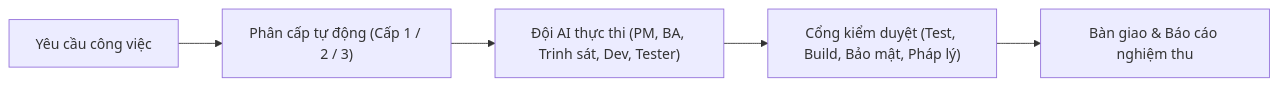
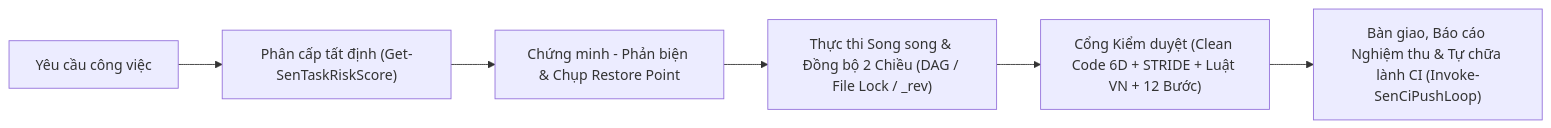
One commit to developerfs0110/Sen changed the diagram in README.md. Above: the diagram before and after it, drawn with Mermaid. The commit also changed other lines of this file and 22 other files, not shown here.

Commit message:
Hoàn tất kiểm chứng phản biện Red-Team 22/22, bộ tài liệu Showcase/Sinh viên IT, mô phỏng Output 2 giai đoạn và khóa đẳng cấu 5 tầng chống quên (Test-SenCapabilityParity)

````diff
--- a/README.md
+++ b/README.md
@@ -30,7 +30,8 @@
 ```mermaid
 flowchart LR
-    A["Yêu cầu công việc"] --> B["Phân cấp tự động (Cấp 1 / 2 / 3)"]
-    B --> C["Đội AI thực thi (PM, BA, Trinh sát, Dev, Tester)"]
-    C --> D["Cổng kiểm duyệt (Test, Build, Bảo mật, Pháp lý)"]
-    D --> E["Bàn giao & Báo cáo nghiệm thu"]
+    A["Yêu cầu công việc"] --> B["Phân cấp tất định (Get-SenTaskRiskScore)"]
+    B --> C["Chứng minh - Phản biện & Chụp Restore Point"]
+    C --> D["Thực thi Song song & Đồng bộ 2 Chiều (DAG / File Lock / _rev)"]
+    D --> E["Cổng Kiểm duyệt (Clean Code 6D + STRIDE + Luật VN + 12 Bước)"]
+    E --> F["Bàn giao, Báo cáo Nghiệm thu & Tự chữa lành CI (Invoke-SenCiPushLoop)"]
 ```
````
